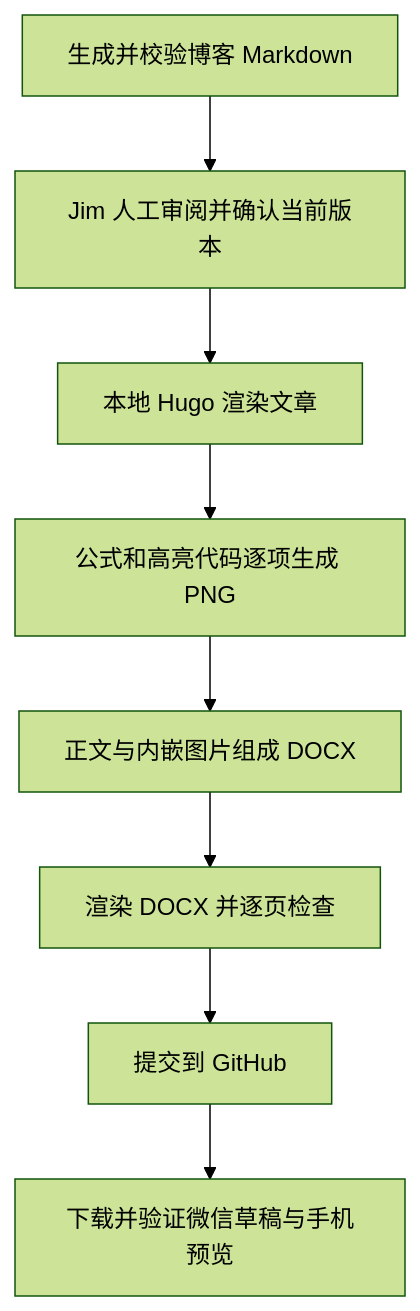
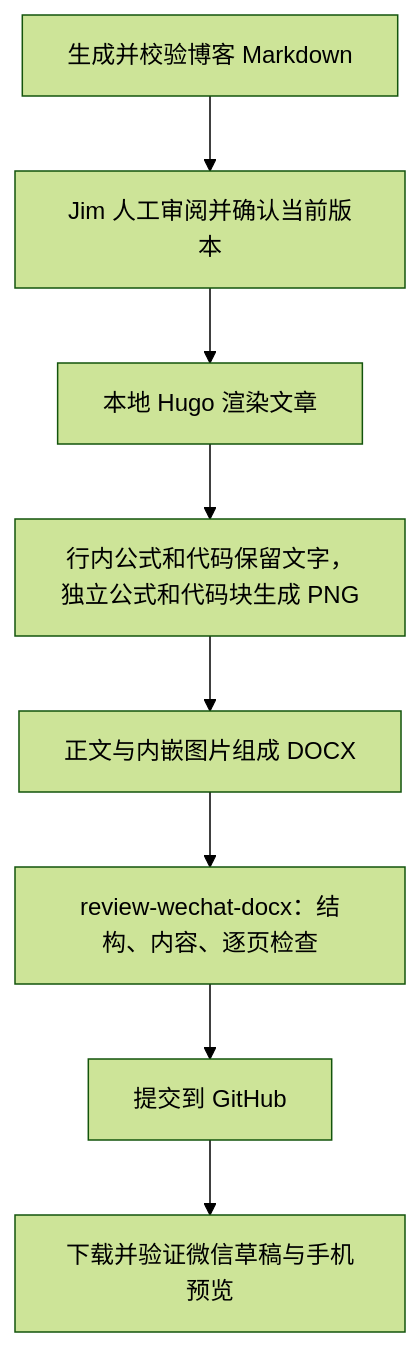
Before and after one commit to jimwang99/jimwang99.github.io: the diagram in plans/markdown-wechat-docx.md, drawn with Mermaid (forest theme). The commit also changed other lines of this file and 100 other files, not shown here.

Commit message:
Fix inline DOCX content and add shared WeChat review skill

````diff
--- a/plans/markdown-wechat-docx.md
+++ b/plans/markdown-wechat-docx.md
@@ -26,10 +26,10 @@
 ```mermaid
 flowchart TD
     A[生成并校验博客 Markdown] --> R[Jim 人工审阅并确认当前版本]
     R --> B[本地 Hugo 渲染文章]
-    B --> C[公式和高亮代码逐项生成 PNG]
+    B --> C[行内公式和代码保留文字，独立公式和代码块生成 PNG]
     C --> D[正文与内嵌图片组成 DOCX]
-    D --> Q[渲染 DOCX 并逐页检查]
+    D --> Q[review-wechat-docx：结构、内容、逐页检查]
     Q --> E[提交到 GitHub]
     E --> F[下载并验证微信草稿与手机预览]
 ```
````
